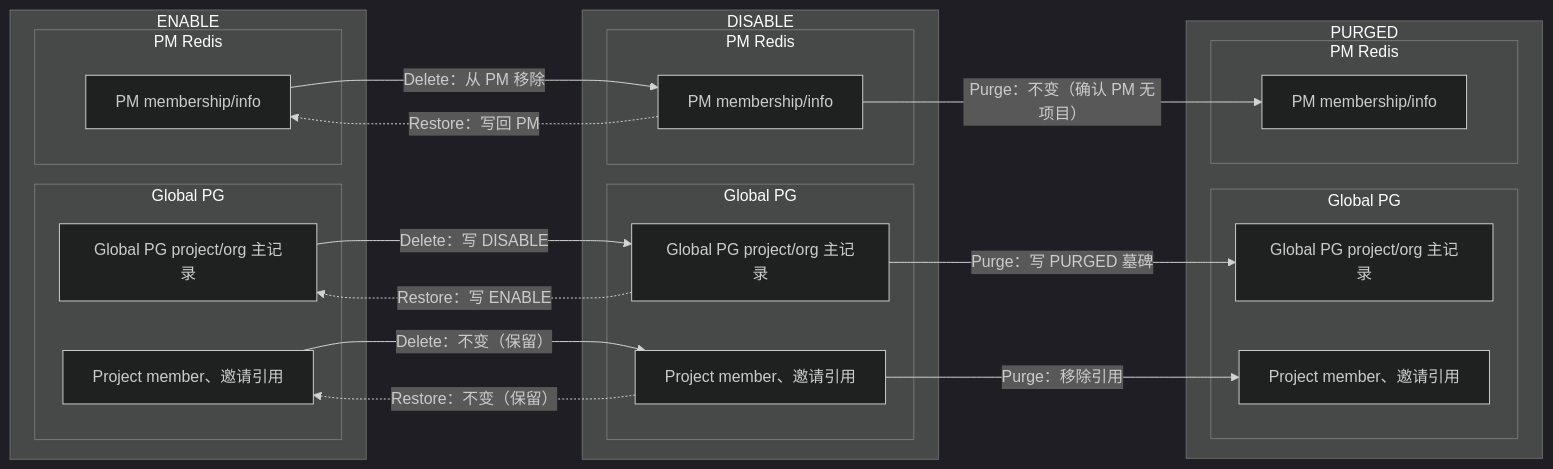
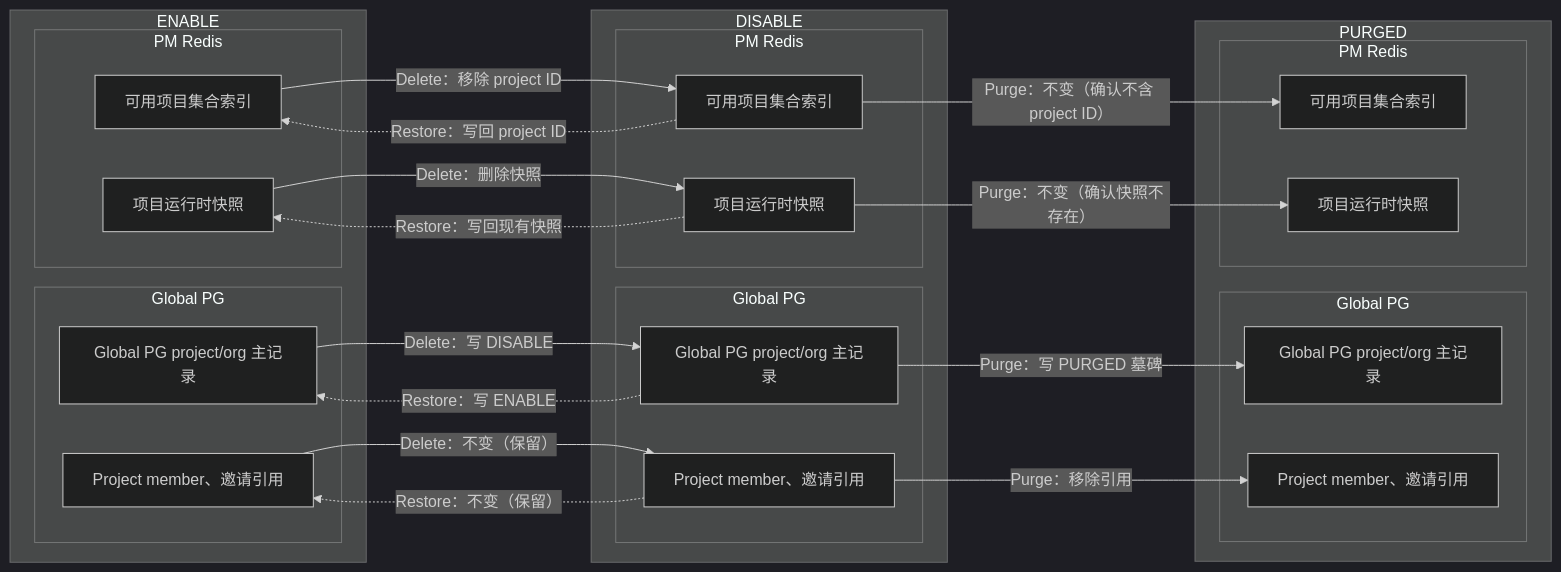
One commit to qinwenshiCH/workflow changed the third of 23 diagrams in specs/20260716-Wave-Refac-OrganizationProjectLifecycle/04-detail.md. Above: the diagram before and after it, drawn with Mermaid (dark theme). The commit also changed other lines of this file and 4 other files, not shown here.

````diff
--- a/specs/20260716-Wave-Refac-OrganizationProjectLifecycle/04-detail.md
+++ b/specs/20260716-Wave-Refac-OrganizationProjectLifecycle/04-detail.md
@@ -158,42 +170,48 @@
 ```mermaid
 flowchart LR
     subgraph enable["ENABLE"]
         subgraph e_pg["Global PG"]
             EGlobal["Global PG project/org 主记录"]
             EMember["Project member、邀请引用"]
         end
         subgraph e_pm["PM Redis"]
-            EPM["PM membership/info"]
+            EIndex["可用项目集合索引"]
+            EInfo["项目运行时快照"]
         end
     end
 
     subgraph disable["DISABLE"]
         subgraph d_pg["Global PG"]
             DGlobal["Global PG project/org 主记录"]
             DMember["Project member、邀请引用"]
         end
         subgraph d_pm["PM Redis"]
-            DPM["PM membership/info"]
+            DIndex["可用项目集合索引"]
+            DInfo["项目运行时快照"]
         end
     end
 
     subgraph purged["PURGED"]
         subgraph p_pg["Global PG"]
             PGlobal["Global PG project/org 主记录"]
             PMember["Project member、邀请引用"]
         end
         subgraph p_pm["PM Redis"]
-            PPM["PM membership/info"]
+            PIndex["可用项目集合索引"]
+            PInfo["项目运行时快照"]
         end
     end
 
     EGlobal -->|Delete：写 DISABLE| DGlobal
     EMember -->|Delete：不变（保留）| DMember
-    EPM -->|Delete：从 PM 移除| DPM
+    EIndex -->|Delete：移除 project ID| DIndex
+    EInfo -->|Delete：删除快照| DInfo
     DGlobal -.->|Restore：写 ENABLE| EGlobal
     DMember -.->|Restore：不变（保留）| EMember
-    DPM -.->|Restore：写回 PM| EPM
+    DIndex -.->|Restore：写回 project ID| EIndex
+    DInfo -.->|Restore：写回现有快照| EInfo
     DGlobal -->|Purge：写 PURGED 墓碑| PGlobal
     DMember -->|Purge：移除引用| PMember
-    DPM -->|Purge：不变（确认 PM 无项目）| PPM
+    DIndex -->|Purge：不变（确认不含 project ID）| PIndex
+    DInfo -->|Purge：不变（确认快照不存在）| PInfo
 ```
````
